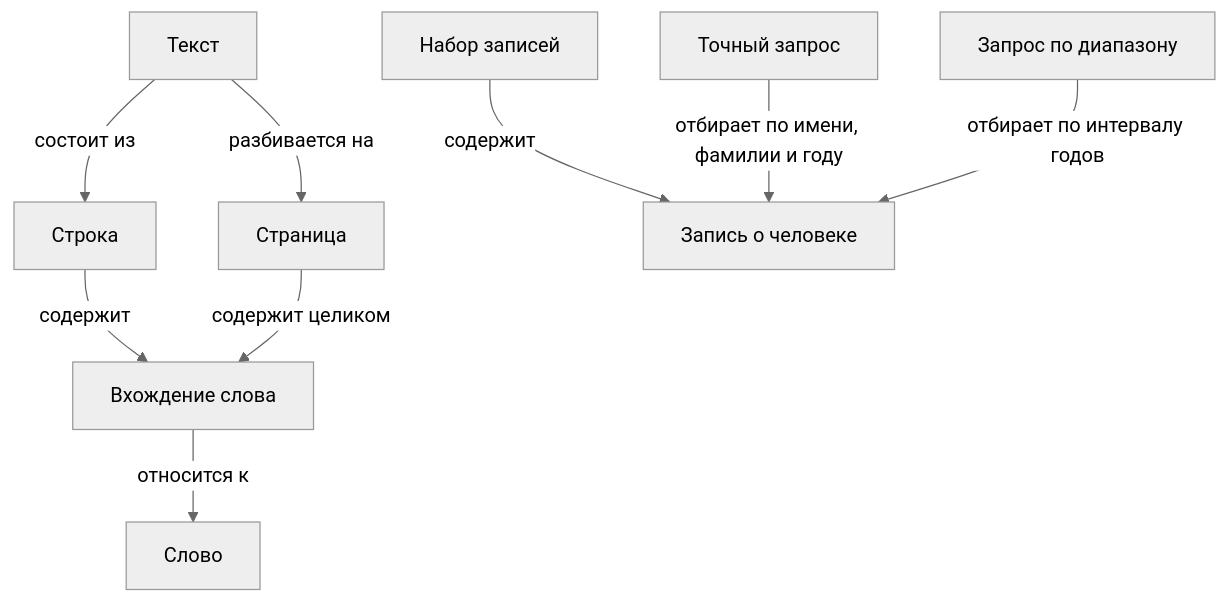
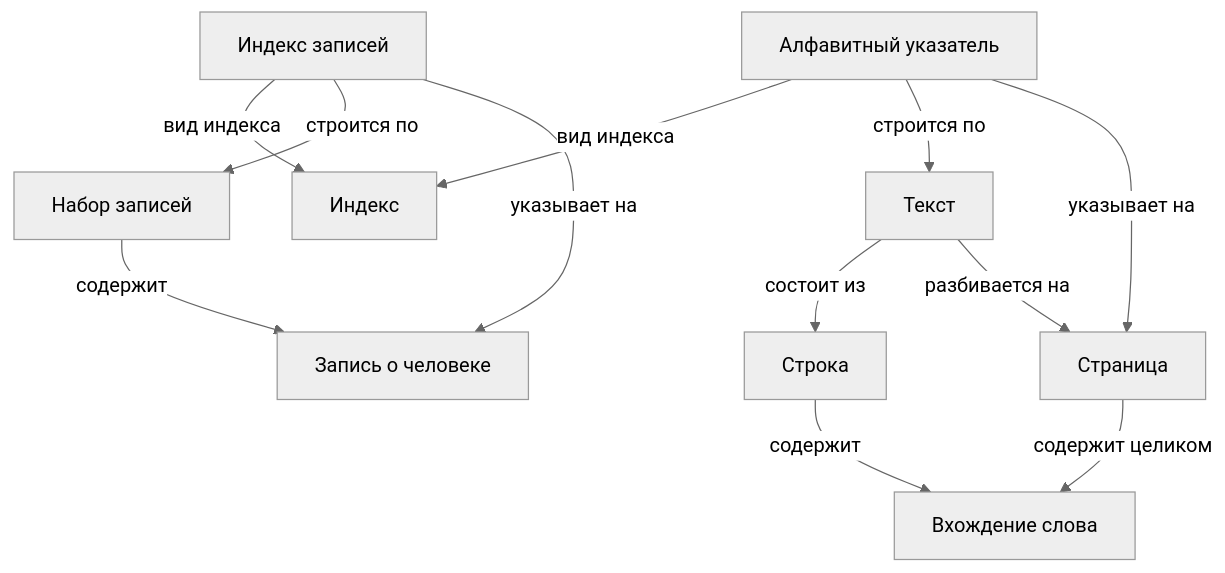
The first of 2 diagrams in SecondLab/docs/design.md (Krastti/DataStructures), drawn with Mermaid (neutral theme) before and after one commit. The commit also changed other lines of this file and 17 other files, not shown here.

````diff
--- a/SecondLab/docs/design.md
+++ b/SecondLab/docs/design.md
@@ -28,11 +28,14 @@
 ```mermaid
 flowchart TD
-    Text["Текст"] -->|"состоит из"| Line["Строка"]
-    Text -->|"разбивается на"| Page["Страница"]
+    AlphaIndex["Алфавитный указатель"] -->|"вид индекса"| Index["Индекс"]
+    PersonIndex["Индекс записей"] -->|"вид индекса"| Index
+    AlphaIndex -->|"строится по"| Text["Текст"]
+    AlphaIndex -->|"указывает на"| Page["Страница"]
+    PersonIndex -->|"строится по"| People["Набор записей"]
+    PersonIndex -->|"указывает на"| Person["Запись о человеке"]
+    Text -->|"состоит из"| Line["Строка"]
+    Text -->|"разбивается на"| Page
     Line -->|"содержит"| Occurrence["Вхождение слова"]
     Page -->|"содержит целиком"| Occurrence
-    Occurrence -->|"относится к"| Word["Слово"]
-    People["Набор записей"] -->|"содержит"| Person["Запись о человеке"]
-    Exact["Точный запрос"] -->|"отбирает по имени, фамилии и году"| Person
-    Range["Запрос по диапазону"] -->|"отбирает по интервалу годов"| Person
+    People -->|"содержит"| Person
 ```
````
